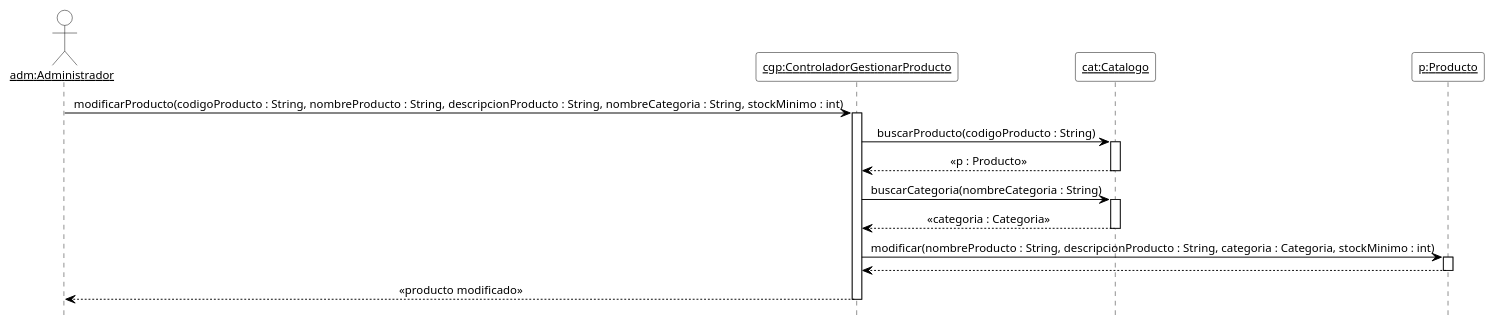
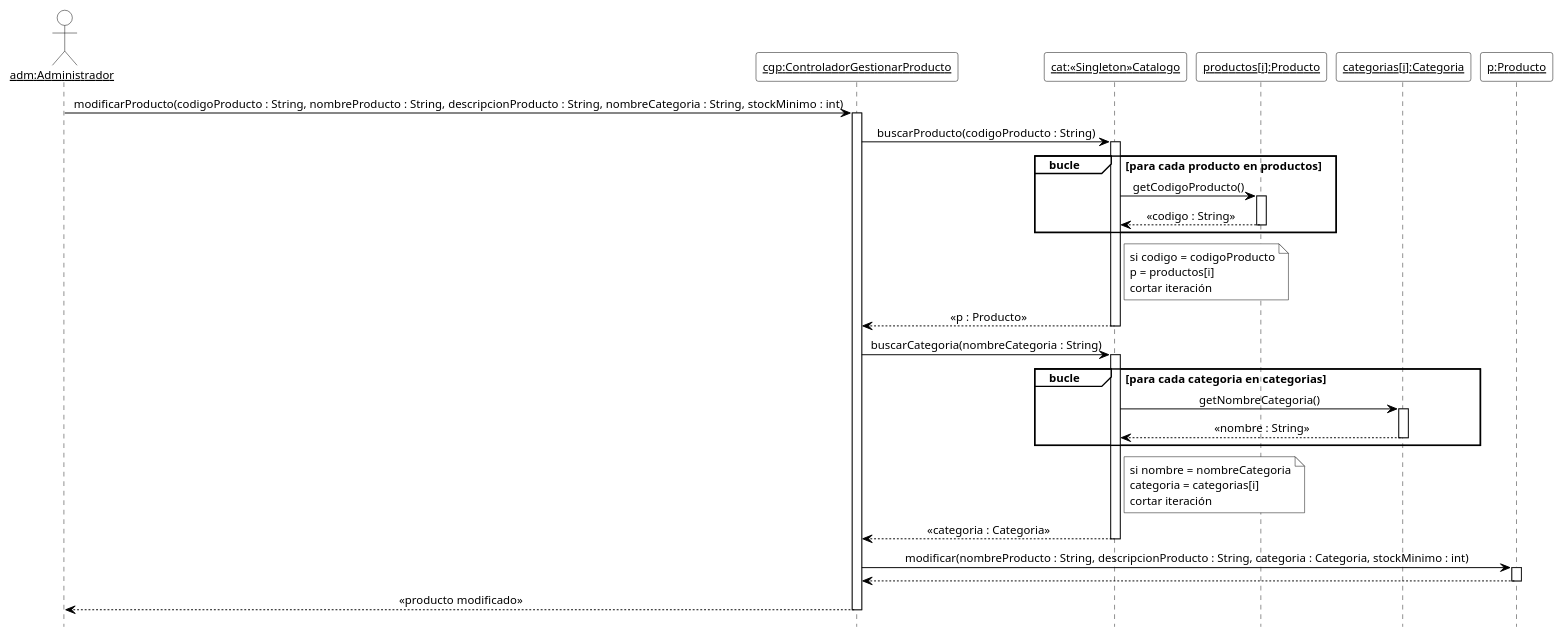
Before and after one commit to cirotop/Stock-Project: the eighth of 17 diagrams in 08-Diagrama De Secuencia/Diagramas_de_Secuencia.md, drawn with PlantUML. The commit also changed other lines of this file and 36 other files, not shown here.

````diff
--- a/08-Diagrama De Secuencia/Diagramas_de_Secuencia.md
+++ b/08-Diagrama De Secuencia/Diagramas_de_Secuencia.md
@@ -482,38 +567,60 @@
 ```plantuml
 @startuml DSD_CU-04_modificarProducto
 ' Diagrama de Secuencia de Diseño (DSD) - CU-04 Gestionar producto - modificarProducto
 ' Estilo de los ejemplos de la teoría (introducirArticulo / crearNuevaVenta).
 hide footbox
 skinparam shadowing false
 skinparam defaultFontName Arial
 skinparam defaultFontSize 12
 skinparam sequenceMessageAlign center
 skinparam ArrowColor black
 skinparam ParticipantBackgroundColor white
 skinparam ParticipantBorderColor black
+skinparam CollectionsBackgroundColor white
+skinparam CollectionsBorderColor black
 skinparam ActorBackgroundColor white
 skinparam ActorBorderColor black
 skinparam LifeLineBorderColor black
 skinparam LifeLineBackgroundColor white
 skinparam SequenceGroupBackgroundColor white
 skinparam SequenceGroupBorderColor black
 skinparam SequenceGroupHeaderFontColor black
 skinparam NoteBackgroundColor white
 skinparam NoteBorderColor black
 
 actor "<u>adm:Administrador</u>" as adm
 participant "<u>cgp:ControladorGestionarProducto</u>" as cgp
-participant "<u>cat:Catalogo</u>" as cat
+participant "<u>cat:«Singleton»Catalogo</u>" as cat
+participant "<u>productos[i]:Producto</u>" as pi
+participant "<u>categorias[i]:Categoria</u>" as ci
 participant "<u>p:Producto</u>" as p
 
 adm -> cgp ++ : modificarProducto(codigoProducto : String, nombreProducto : String, descripcionProducto : String, nombreCategoria : String, stockMinimo : int)
 cgp -> cat ++ : buscarProducto(codigoProducto : String)
+group bucle [para cada producto en productos]
+  cat -> pi ++ : getCodigoProducto()
+  pi --> cat -- : «codigo : String»
+end
+note right of cat
+  si codigo = codigoProducto
+  p = productos[i]
+  cortar iteración
+end note
 cat --> cgp -- : «p : Producto»
 cgp -> cat ++ : buscarCategoria(nombreCategoria : String)
+group bucle [para cada categoria en categorias]
+  cat -> ci ++ : getNombreCategoria()
+  ci --> cat -- : «nombre : String»
+end
+note right of cat
+  si nombre = nombreCategoria
+  categoria = categorias[i]
+  cortar iteración
+end note
 cat --> cgp -- : «categoria : Categoria»
 cgp -> p ++ : modificar(nombreProducto : String, descripcionProducto : String, categoria : Categoria, stockMinimo : int)
 p --> cgp --
 cgp --> adm -- : «producto modificado»
 
 @enduml
 ```
````
